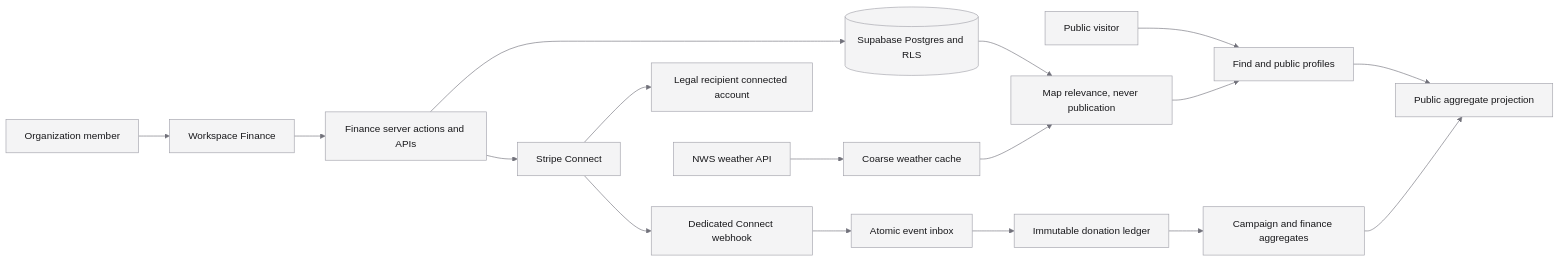
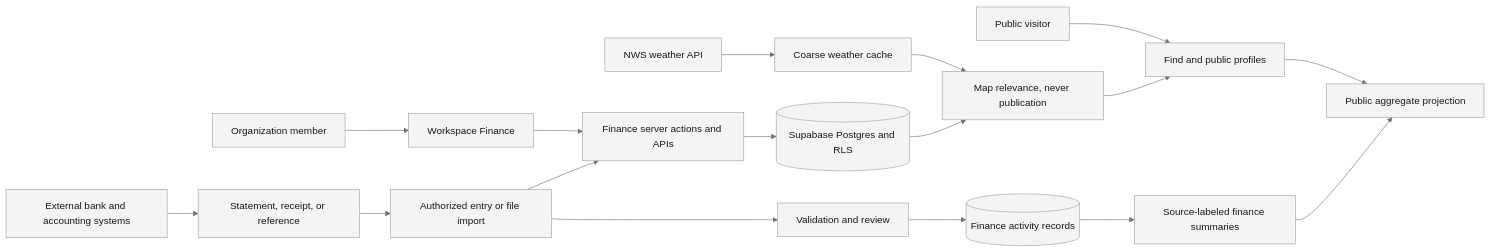
One commit to Hamernick/coach-house-lms changed the first of 7 diagrams in docs/plans/2026-08-04-finance-fundraising-find-release-design.md. Above: the diagram before and after it, drawn with Mermaid. The commit also changed other lines of this file and 629 other files, not shown here.

````diff
--- a/docs/plans/2026-08-04-finance-fundraising-find-release-design.md
+++ b/docs/plans/2026-08-04-finance-fundraising-find-release-design.md
@@ -351,20 +368,20 @@
 ```mermaid
 %%{init: {"theme": "base", "themeVariables": {"primaryColor": "#f4f4f5", "primaryTextColor": "#18181b", "primaryBorderColor": "#a1a1aa", "lineColor": "#71717a", "secondaryColor": "#fafafa", "tertiaryColor": "#ffffff", "fontFamily": "Geist, ui-sans-serif, system-ui"}}}%%
 flowchart LR
   Visitor[Public visitor] --> Find[Find and public profiles]
   Member[Organization member] --> Workspace[Workspace Finance]
   Workspace --> FinanceAPI[Finance server actions and APIs]
   Find --> PublicProjection[Public aggregate projection]
   FinanceAPI --> Postgres[(Supabase Postgres and RLS)]
-  FinanceAPI --> StripeConnect[Stripe Connect]
-  StripeConnect --> ConnectedAccount[Legal recipient connected account]
-  StripeConnect --> ConnectWebhook[Dedicated Connect webhook]
-  ConnectWebhook --> Inbox[Atomic event inbox]
-  Inbox --> Ledger[Immutable donation ledger]
-  Ledger --> Aggregates[Campaign and finance aggregates]
+  Bank[External bank and accounting systems] --> Evidence[Statement, receipt, or reference]
+  Evidence --> Entry[Authorized entry or file import]
+  Entry --> FinanceAPI
+  Entry --> Review[Validation and review]
+  Review --> Records[(Finance activity records)]
+  Records --> Aggregates[Source-labeled finance summaries]
   Aggregates --> PublicProjection
   NWS[NWS weather API] --> WeatherCache[Coarse weather cache]
   WeatherCache --> Relevance[Map relevance, never publication]
   Postgres --> Relevance
   Relevance --> Find
 ```
````
